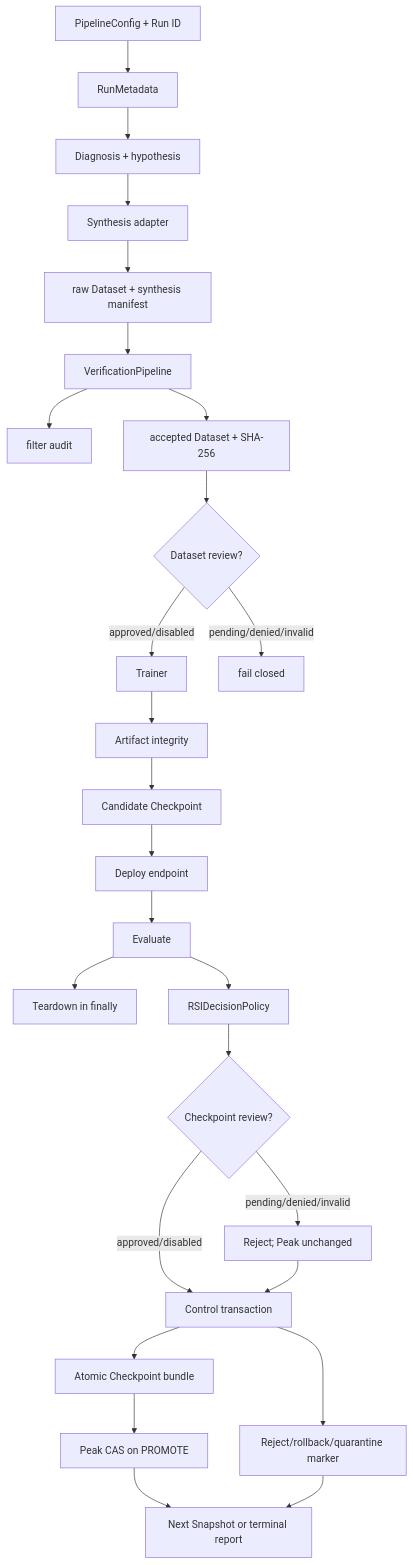
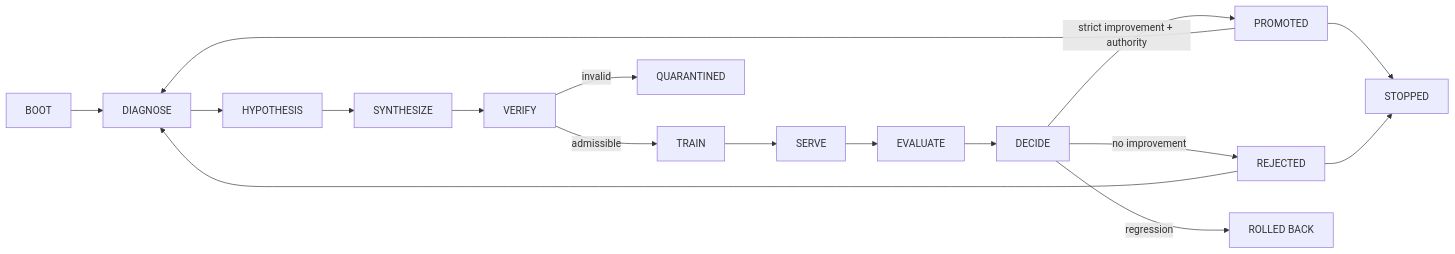
One commit to ed3c/post-training-rsi-pipeline changed the diagram in README.md. Above: the diagram before and after it, drawn with Mermaid. The commit also changed other lines of this file and 2 other files, not shown here.

````diff
--- a/README.md
+++ b/README.md
@@ -320,28 +51,19 @@
 ```mermaid
-flowchart TD
-    C[PipelineConfig + Run ID] --> RM[RunMetadata]
-    RM --> H[Diagnosis + hypothesis]
-    H --> S[Synthesis adapter]
-    S --> RAW[raw Dataset + synthesis manifest]
-    RAW --> V[VerificationPipeline]
-    V --> AUD[filter audit]
-    V --> ACC[accepted Dataset + SHA-256]
-    ACC --> DA{Dataset review?}
-    DA -->|approved/disabled| T[Trainer]
-    DA -->|pending/denied/invalid| X[fail closed]
-    T --> I[Artifact integrity]
-    I --> CK[Candidate Checkpoint]
-    CK --> DEP[Deploy endpoint]
-    DEP --> EV[Evaluate]
-    EV --> TD[Teardown in finally]
-    EV --> P[RSIDecisionPolicy]
-    P --> MA{Checkpoint review?}
-    MA -->|approved/disabled| TX[Control transaction]
-    MA -->|pending/denied/invalid| RJ[Reject; Peak unchanged]
-    RJ --> TX
-    TX --> CB[Atomic Checkpoint bundle]
-    CB --> CAS[Peak CAS on PROMOTE]
-    TX --> QM[Reject/rollback/quarantine marker]
-    CAS --> N[Next Snapshot or terminal report]
-    QM --> N
+flowchart LR
+    A[BOOT] --> B[DIAGNOSE]
+    B --> C[HYPOTHESIS]
+    C --> D[SYNTHESIZE]
+    D --> E[VERIFY]
+    E -->|admissible| F[TRAIN]
+    E -->|invalid| Q[QUARANTINED]
+    F --> G[SERVE]
+    G --> H[EVALUATE]
+    H --> I[DECIDE]
+    I -->|strict improvement + authority| P[PROMOTED]
+    I -->|no improvement| R[REJECTED]
+    I -->|regression| X[ROLLED BACK]
+    P --> B
+    R --> B
+    P --> S[STOPPED]
+    R --> S
 ```
````
